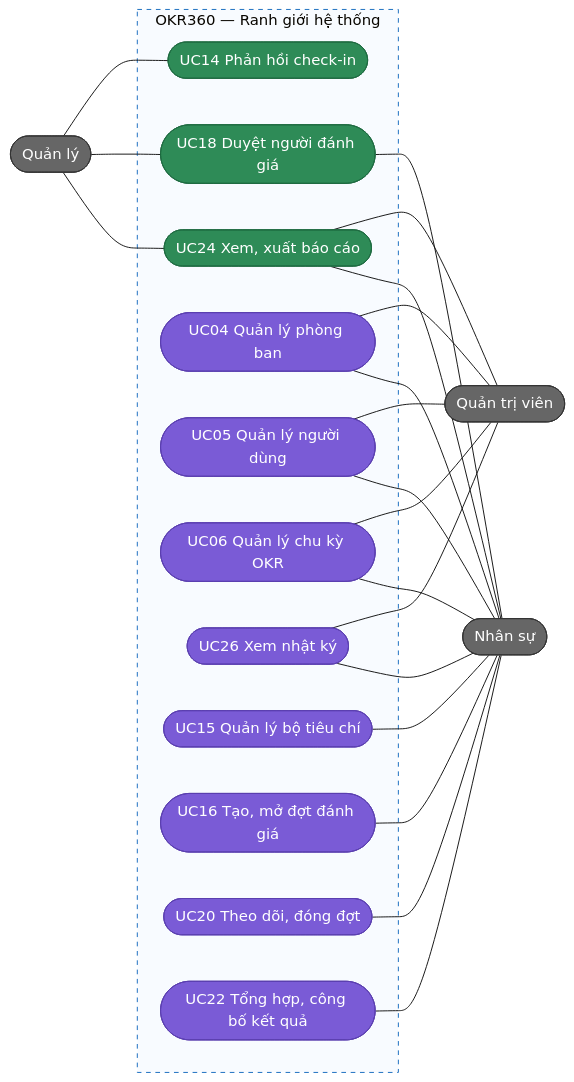
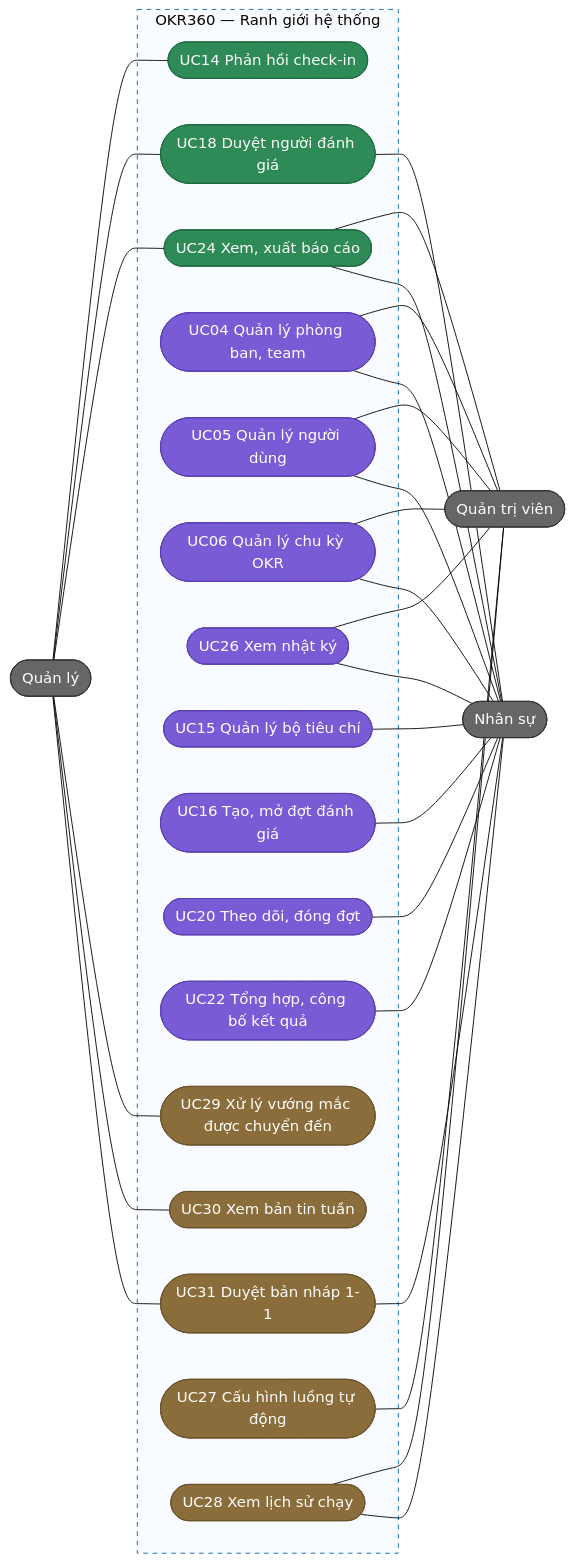
One commit to Akaza-ban/OCK-360 changed the third of 4 diagrams in docs/03-use-cases.md. Above: the diagram before and after it, drawn with Mermaid (base theme). The commit also changed other lines of this file and 74 other files, not shown here.

First line of the commit message:
docs, db, frontend: add AI automation design, database schema and step ownership

````diff
--- a/docs/03-use-cases.md
+++ b/docs/03-use-cases.md
@@ -120,33 +138,40 @@
 ```mermaid
 flowchart LR
     manager(["Quản lý"])
 
     subgraph system["OKR360 — Ranh giới hệ thống"]
         uc14(["UC14 Phản hồi check-in"])
         uc18(["UC18 Duyệt người đánh giá"])
         uc24(["UC24 Xem, xuất báo cáo"])
-        uc04(["UC04 Quản lý phòng ban"])
+        uc04(["UC04 Quản lý phòng ban, team"])
         uc05(["UC05 Quản lý người dùng"])
         uc06(["UC06 Quản lý chu kỳ OKR"])
         uc26(["UC26 Xem nhật ký"])
         uc15(["UC15 Quản lý bộ tiêu chí"])
         uc16(["UC16 Tạo, mở đợt đánh giá"])
         uc20(["UC20 Theo dõi, đóng đợt"])
         uc22(["UC22 Tổng hợp, công bố kết quả"])
+        uc29(["UC29 Xử lý vướng mắc được chuyển đến"])
+        uc30(["UC30 Xem bản tin tuần"])
+        uc31(["UC31 Duyệt bản nháp 1-1"])
+        uc27(["UC27 Cấu hình luồng tự động"])
+        uc28(["UC28 Xem lịch sử chạy"])
     end
 
     admin(["Quản trị viên"])
     hr(["Nhân sự"])
 
-    manager --- uc14 & uc18 & uc24
-    uc24 & uc04 & uc05 & uc06 & uc26 --- admin
-    uc18 & uc24 & uc04 & uc05 & uc06 & uc26 & uc15 & uc16 & uc20 & uc22 --- hr
+    manager --- uc14 & uc18 & uc24 & uc29 & uc30 & uc31
+    uc24 & uc04 & uc05 & uc06 & uc26 & uc27 & uc28 --- admin
+    uc18 & uc24 & uc04 & uc05 & uc06 & uc26 & uc15 & uc16 & uc20 & uc22 & uc31 & uc28 --- hr
 
     classDef actor fill:#666,color:#fff,stroke:#333
     classDef mgr fill:#2e8b57,color:#fff,stroke:#1f6b41
     classDef office fill:#7a5bd6,color:#fff,stroke:#5b3fb0
     class manager,hr,admin actor
     class uc14,uc18,uc24 mgr
     class uc04,uc05,uc06,uc26,uc15,uc16,uc20,uc22 office
+    classDef ai fill:#8a6d3b,color:#fff,stroke:#6b532c
+    class uc29,uc30,uc31,uc27,uc28 ai
     style system fill:#f8fbff,stroke:#1168bd,stroke-dasharray:5 5
 ```
````
